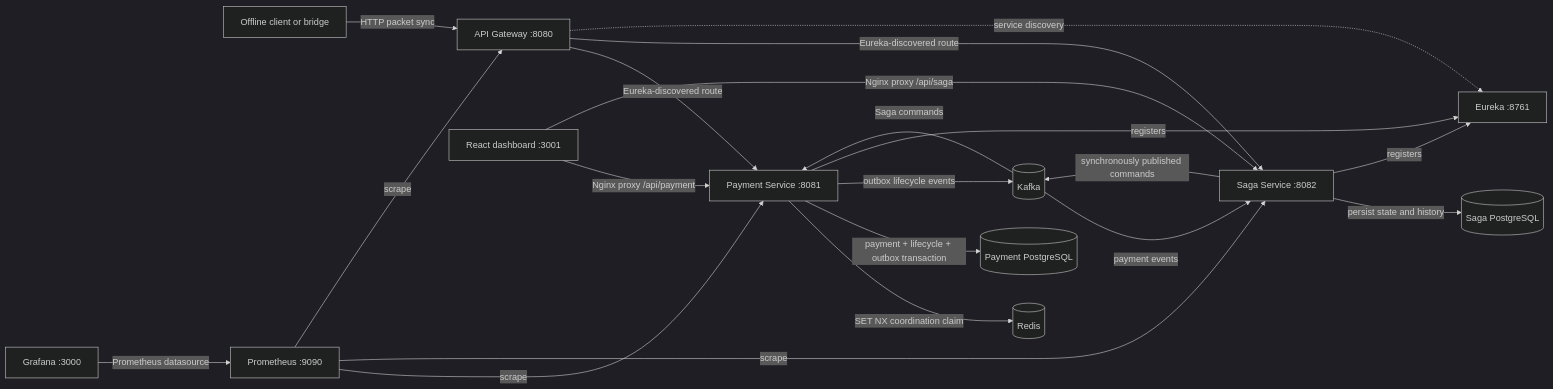
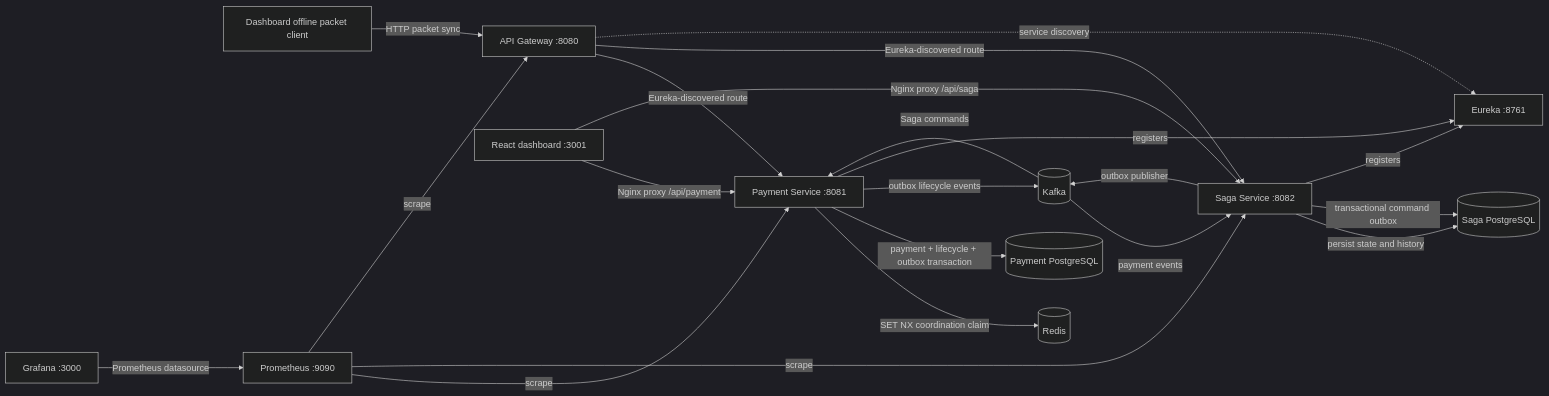
Before and after one commit to aryangaikwad-966/MeshPay-Offline-First-Distributed-Payment-Engine: the diagram in README.md, drawn with Mermaid (dark theme). The commit also changed other lines of this file and 27 other files, not shown here.

````diff
--- a/README.md
+++ b/README.md
@@ -56,26 +57,27 @@
 ```mermaid
 flowchart LR
-    Client[Offline client or bridge] -->|HTTP packet sync| Gateway[API Gateway :8080]
+    Client[Dashboard offline packet client] -->|HTTP packet sync| Gateway[API Gateway :8080]
     Gateway -->|Eureka-discovered route| Payment[Payment Service :8081]
     Gateway -->|Eureka-discovered route| Saga[Saga Service :8082]
 
     Browser[React dashboard :3001] -->|Nginx proxy /api/payment| Payment
     Browser -->|Nginx proxy /api/saga| Saga
 
     Payment -->|SET NX coordination claim| Redis[(Redis)]
     Payment -->|payment + lifecycle + outbox transaction| PayDB[(Payment PostgreSQL)]
     Payment -->|outbox lifecycle events| Kafka[(Kafka)]
     Kafka -->|payment events| Saga
     Saga -->|persist state and history| SagaDB[(Saga PostgreSQL)]
-    Saga -->|synchronously published commands| Kafka
+    Saga -->|transactional command outbox| SagaDB
+    Saga -->|outbox publisher| Kafka
     Kafka -->|Saga commands| Payment
 
     Payment -->|registers| Eureka[Eureka :8761]
     Saga -->|registers| Eureka
     Gateway -. service discovery .-> Eureka
 
     Prom[Prometheus :9090] -->|scrape| Payment
     Prom -->|scrape| Saga
     Prom -->|scrape| Gateway
     Grafana[Grafana :3000] -->|Prometheus datasource| Prom
 ```
````
